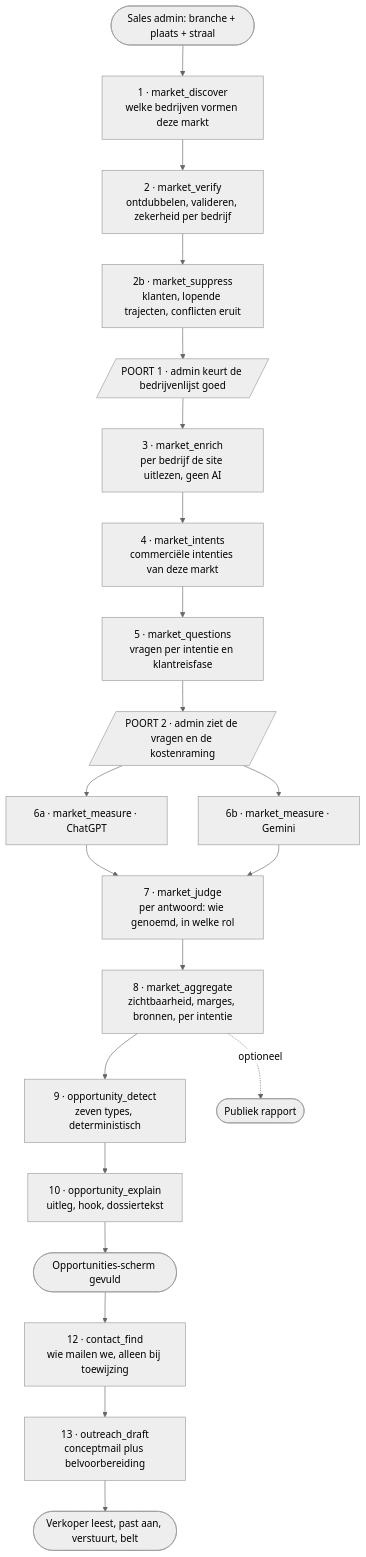
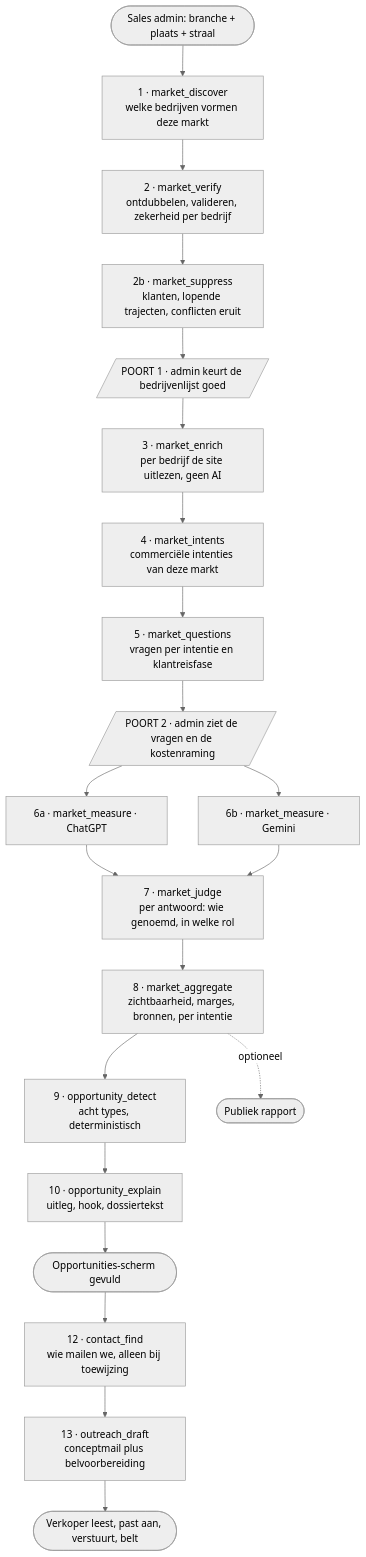
One commit to JanWillemKoopman/GEO changed the second of 2 diagrams in docs/tasks/geo-prospect-engine.md. Above: the diagram before and after it, drawn with Mermaid (neutral theme). The commit also changed other lines of this file and 27 other files, not shown here.

````diff
--- a/docs/tasks/geo-prospect-engine.md
+++ b/docs/tasks/geo-prospect-engine.md
@@ -539,23 +578,23 @@
 ```mermaid
 flowchart TD
     A([Sales admin: branche + plaats + straal]) --> B[1 · market_discover<br/>welke bedrijven vormen deze markt]
     B --> C[2 · market_verify<br/>ontdubbelen, valideren, zekerheid per bedrijf]
     C --> C2[2b · market_suppress<br/>klanten, lopende trajecten, conflicten eruit]
     C2 --> P1[/POORT 1 · admin keurt de bedrijvenlijst goed/]
     P1 --> D[3 · market_enrich<br/>per bedrijf de site uitlezen, geen AI]
     D --> E[4 · market_intents<br/>commerciële intenties van deze markt]
     E --> F[5 · market_questions<br/>vragen per intentie en klantreisfase]
     F --> P2[/POORT 2 · admin ziet de vragen en de kostenraming/]
     P2 --> G1[6a · market_measure · ChatGPT]
     P2 --> G2[6b · market_measure · Gemini]
     G1 --> H[7 · market_judge<br/>per antwoord: wie genoemd, in welke rol]
     G2 --> H
     H --> I[8 · market_aggregate<br/>zichtbaarheid, marges, bronnen, per intentie]
-    I --> J[9 · opportunity_detect<br/>zeven types, deterministisch]
+    I --> J[9 · opportunity_detect<br/>acht types, deterministisch]
     J --> K[10 · opportunity_explain<br/>uitleg, hook, dossiertekst]
     K --> M([Opportunities-scherm gevuld])
     M --> N1[12 · contact_find<br/>wie mailen we, alleen bij toewijzing]
     N1 --> L[13 · outreach_draft<br/>conceptmail plus belvoorbereiding]
     L --> Z([Verkoper leest, past aan, verstuurt, belt])
     I -.optioneel.-> N([Publiek rapport])
 ```
````
